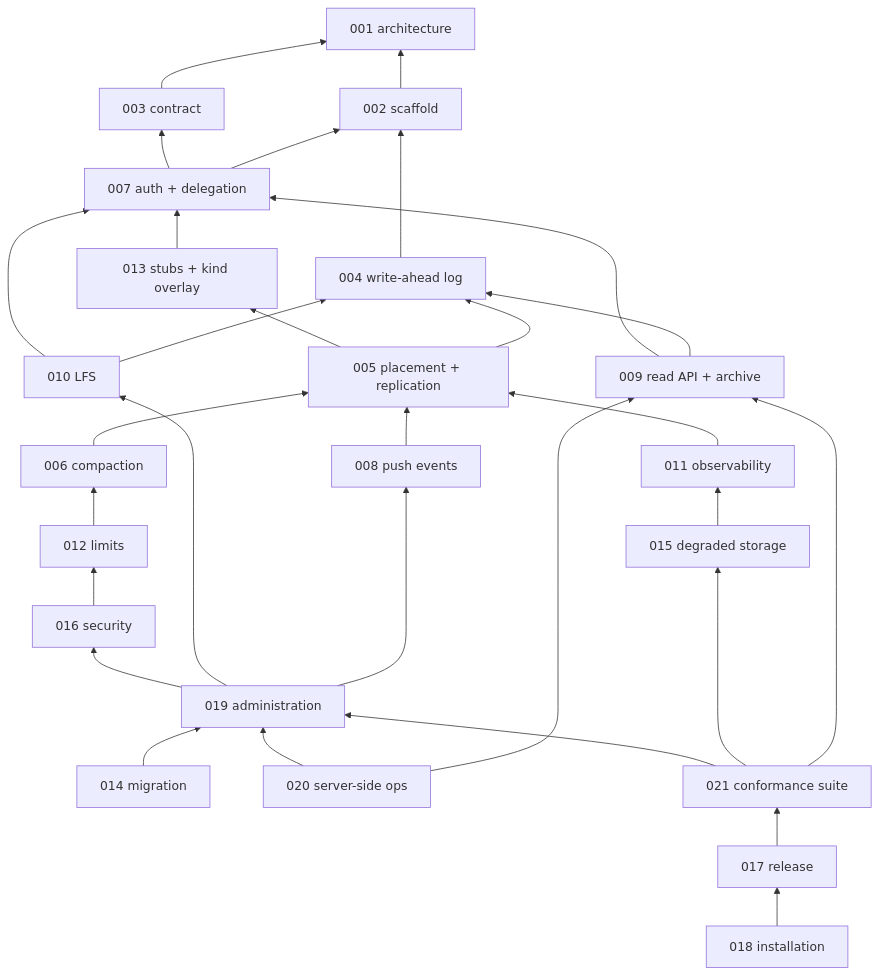
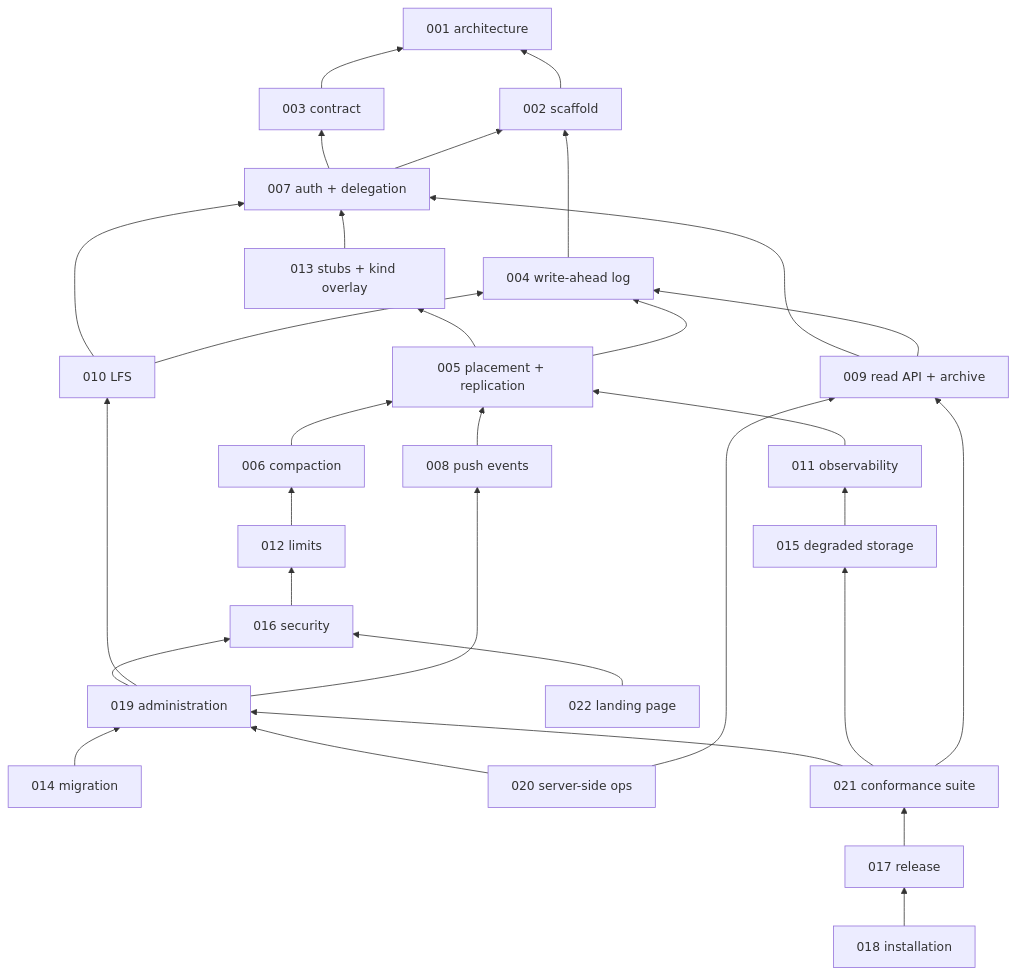
Before and after one commit to latere-ai/origo: the second of 2 diagrams in specs/README.md, drawn with Mermaid. The commit also changed other lines of this file and 3 other files, not shown here.

````diff
--- a/specs/README.md
+++ b/specs/README.md
@@ -93,53 +94,55 @@
 ```mermaid
 flowchart BT
   S001[001 architecture]
   S002[002 scaffold]
   S003[003 contract]
   S004[004 write-ahead log]
   S005[005 placement + replication]
   S006[006 compaction]
   S007[007 auth + delegation]
   S008[008 push events]
   S009[009 read API + archive]
   S010[010 LFS]
   S011[011 observability]
   S012[012 limits]
   S013[013 stubs + kind overlay]
   S014[014 migration]
   S015[015 degraded storage]
   S016[016 security]
   S017[017 release]
   S018[018 installation]
   S019[019 administration]
   S020[020 server-side ops]
   S021[021 conformance suite]
+  S022[022 landing page]
   S002 --> S001
   S003 --> S001
   S004 --> S002
   S005 --> S004
   S005 --> S013
   S006 --> S005
   S007 --> S002
   S007 --> S003
   S008 --> S005
   S009 --> S004
   S009 --> S007
   S010 --> S004
   S010 --> S007
   S011 --> S005
   S012 --> S006
   S013 --> S007
   S014 --> S019
   S015 --> S011
   S016 --> S012
   S017 --> S021
   S018 --> S017
   S019 --> S008
   S019 --> S010
   S019 --> S016
   S020 --> S009
   S020 --> S019
   S021 --> S009
   S021 --> S015
   S021 --> S019
+  S022 --> S016
 ```
````
